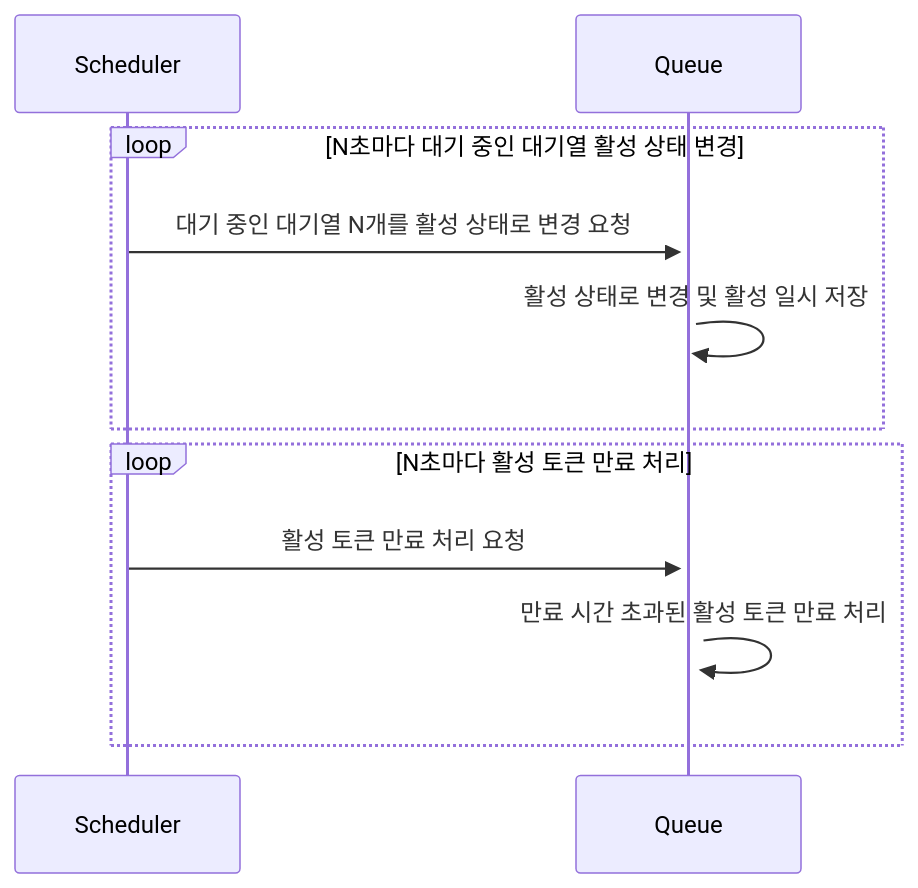
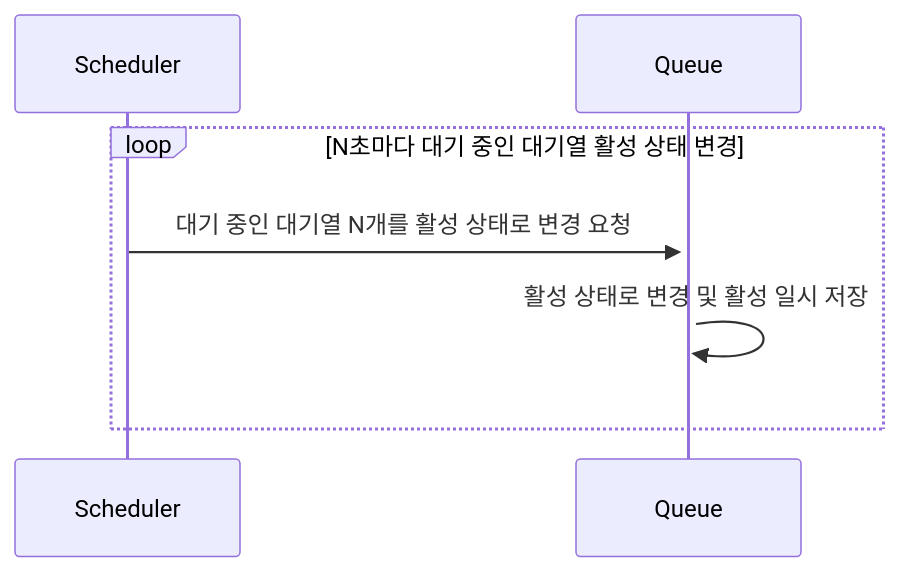
Before and after one commit to rueun/hhplus-concert-reservation: the ninth of 11 diagrams in docs/SEQUENCE_DIAGRAM.md, drawn with Mermaid. The commit also changed other lines of this file, not shown here.

Commit message:
docs: 시퀀스 다이어그램 수정

````diff
--- a/docs/SEQUENCE_DIAGRAM.md
+++ b/docs/SEQUENCE_DIAGRAM.md
@@ -301,15 +303,10 @@
 ```mermaid
 sequenceDiagram
     participant Scheduler
     participant Queue
 
     loop N초마다 대기 중인 대기열 활성 상태 변경
         Scheduler ->>+ Queue: 대기 중인 대기열 N개를 활성 상태로 변경 요청
         Queue ->> Queue: 활성 상태로 변경 및 활성 일시 저장
     end
-
-    loop N초마다 활성 토큰 만료 처리
-        Scheduler->>+Queue: 활성 토큰 만료 처리 요청
-        Queue ->> Queue: 만료 시간 초과된 활성 토큰 만료 처리
-    end
 ```
````
